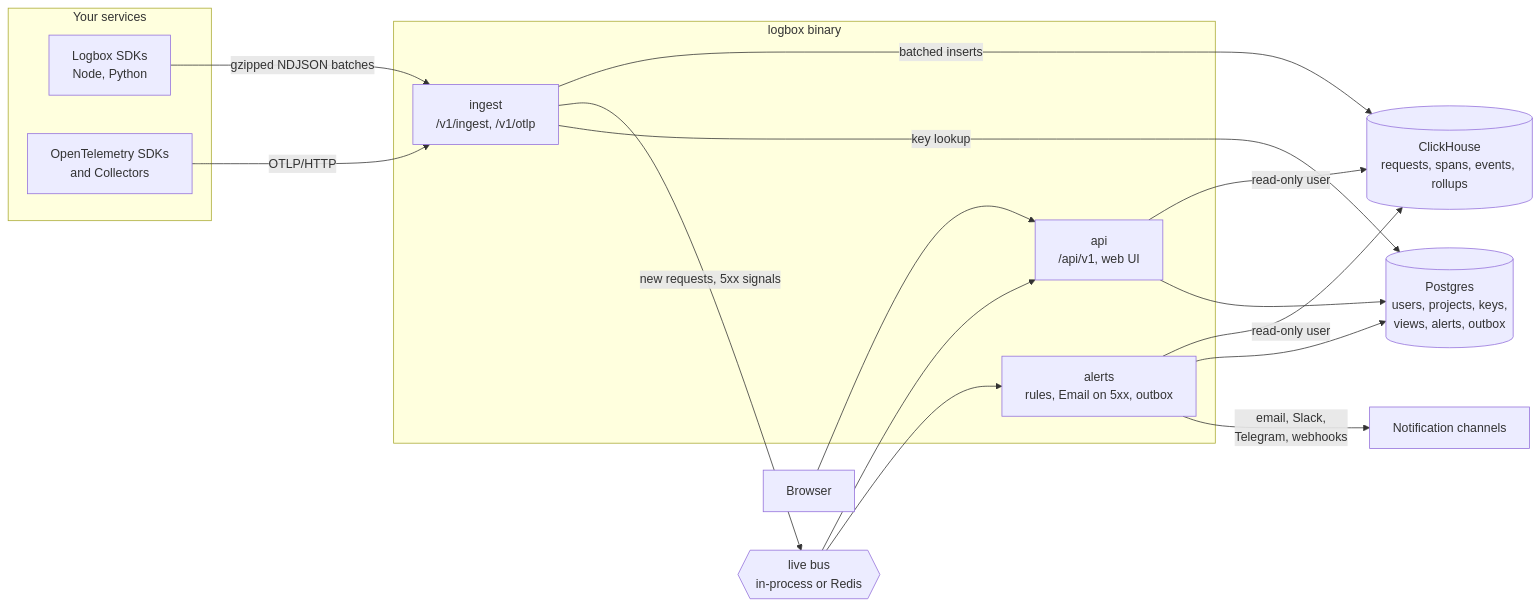
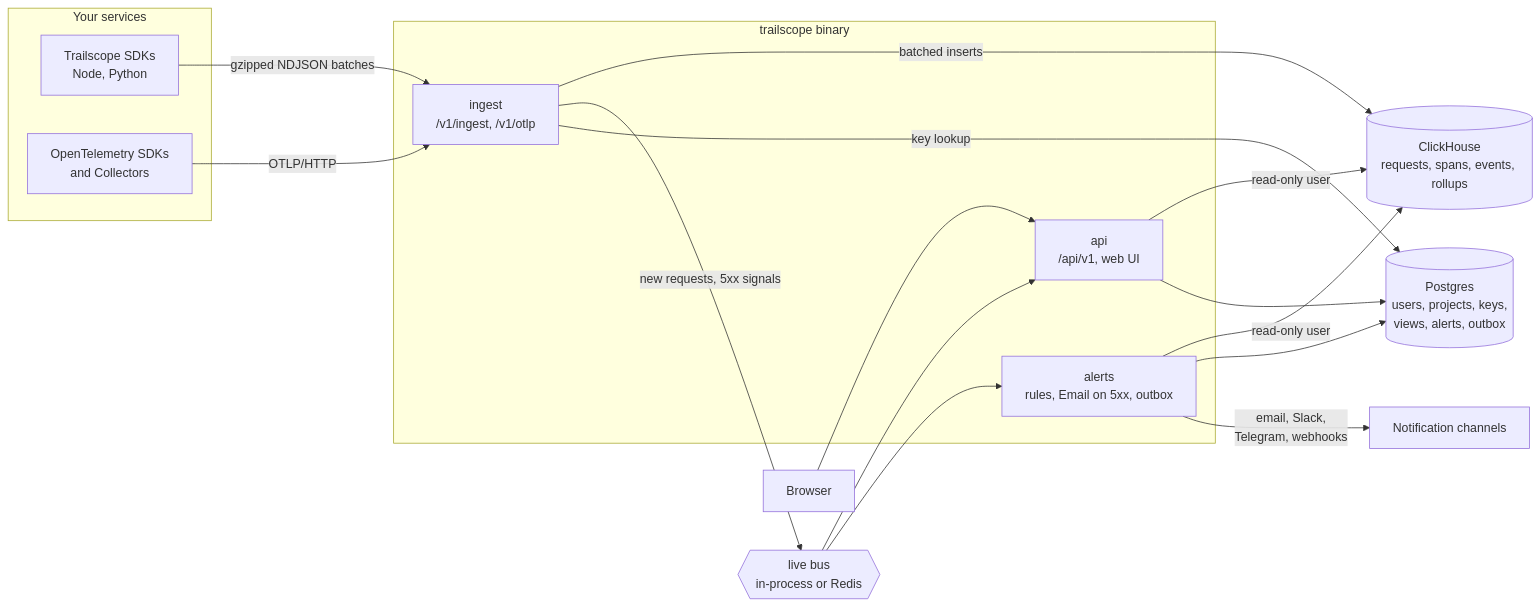
The diagram in docs/architecture.md (karaa1122/trailscope), drawn with Mermaid before and after one commit. The commit also changed other lines of this file and 292 other files, not shown here.

First line of the commit message:
refactor!: rename Logbox to Trailscope

````diff
--- a/docs/architecture.md
+++ b/docs/architecture.md
@@ -5,28 +5,28 @@
 ```mermaid
 flowchart LR
   subgraph apps[Your services]
-    sdk[Logbox SDKs<br/>Node, Python]
+    sdk[Trailscope SDKs<br/>Node, Python]
     otel[OpenTelemetry SDKs<br/>and Collectors]
   end
-  subgraph logbox[logbox binary]
+  subgraph trailscope[trailscope binary]
     ingest[ingest<br/>/v1/ingest, /v1/otlp]
     api[api<br/>/api/v1, web UI]
     alerts[alerts<br/>rules, Email on 5xx, outbox]
   end
   ch[(ClickHouse<br/>requests, spans, events, rollups)]
   pg[(Postgres<br/>users, projects, keys,<br/>views, alerts, outbox)]
   bus{{live bus<br/>in-process or Redis}}
   sdk -- gzipped NDJSON batches --> ingest
   otel -- OTLP/HTTP --> ingest
   ingest -- batched inserts --> ch
   ingest -- new requests, 5xx signals --> bus
   bus --> api
   bus --> alerts
   api -- read-only user --> ch
   alerts -- read-only user --> ch
   api --> pg
   alerts --> pg
   ingest -- key lookup --> pg
   browser[Browser] --> api
   alerts -- email, Slack,<br/>Telegram, webhooks --> out[Notification channels]
 ```
````
